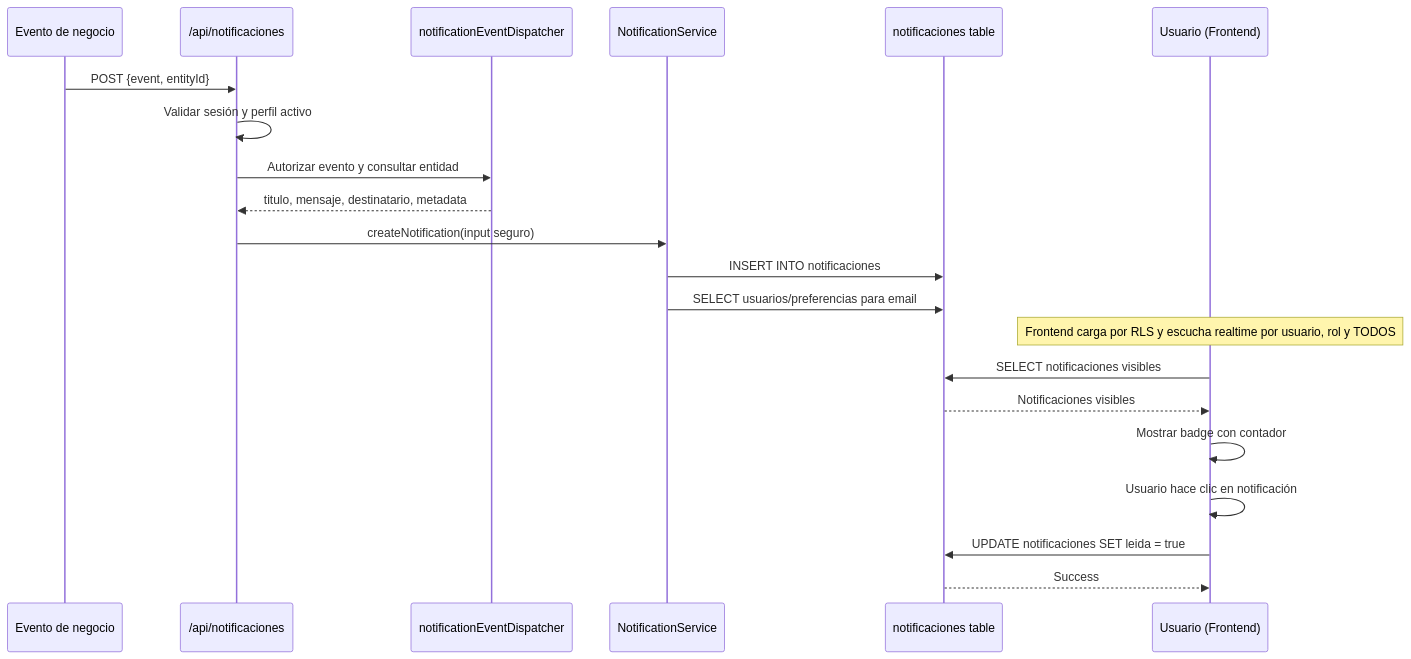
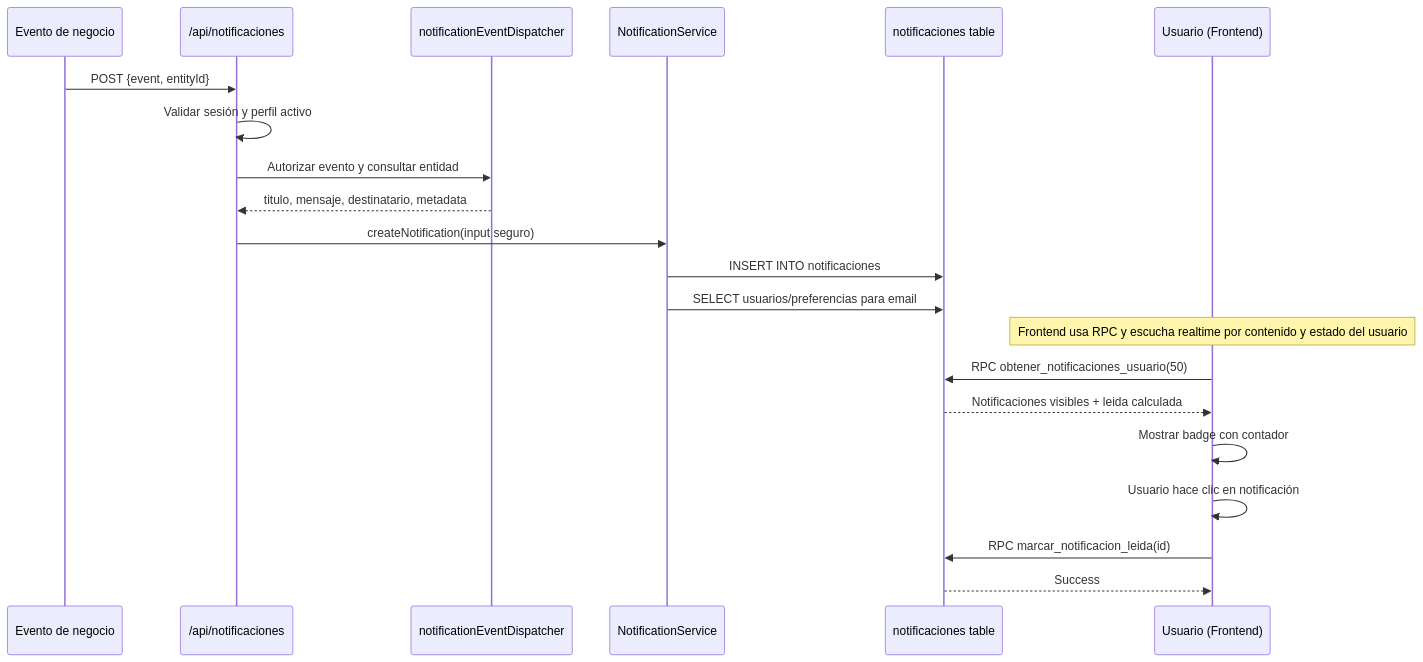
Diagram 13 of 13 in docs/WORKFLOW.md (mintriago123/tesis_banco_alimentos), drawn with Mermaid before and after one commit. The commit also changed other lines of this file and 3 other files, not shown here.

````diff
--- a/docs/WORKFLOW.md
+++ b/docs/WORKFLOW.md
@@ -920,27 +913,27 @@
 ```mermaid
 sequenceDiagram
     participant E as Evento de negocio
     participant API as /api/notificaciones
     participant D as notificationEventDispatcher
     participant NS as NotificationService
     participant DB as notificaciones table
     participant U as Usuario (Frontend)
     
     E->>API: POST {event, entityId}
     API->>API: Validar sesión y perfil activo
     API->>D: Autorizar evento y consultar entidad
     D-->>API: titulo, mensaje, destinatario, metadata
     
     API->>NS: createNotification(input seguro)
     NS->>DB: INSERT INTO notificaciones
     NS->>DB: SELECT usuarios/preferencias para email
     
-    Note over U: Frontend carga por RLS y escucha realtime por usuario, rol y TODOS
-    U->>DB: SELECT notificaciones visibles
-    DB-->>U: Notificaciones visibles
+    Note over U: Frontend usa RPC y escucha realtime por contenido y estado del usuario
+    U->>DB: RPC obtener_notificaciones_usuario(50)
+    DB-->>U: Notificaciones visibles + leida calculada
     
     U->>U: Mostrar badge con contador
     U->>U: Usuario hace clic en notificación
-    U->>DB: UPDATE notificaciones SET leida = true
+    U->>DB: RPC marcar_notificacion_leida(id)
     DB-->>U: Success
 ```
````
